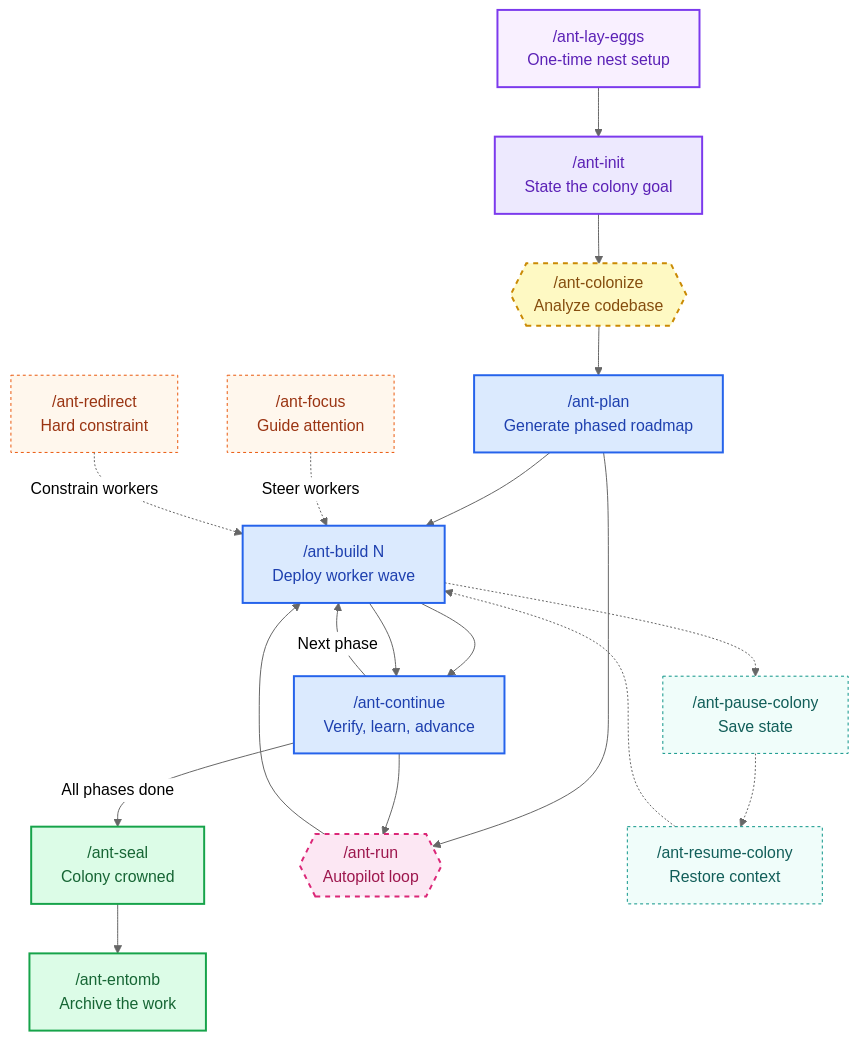
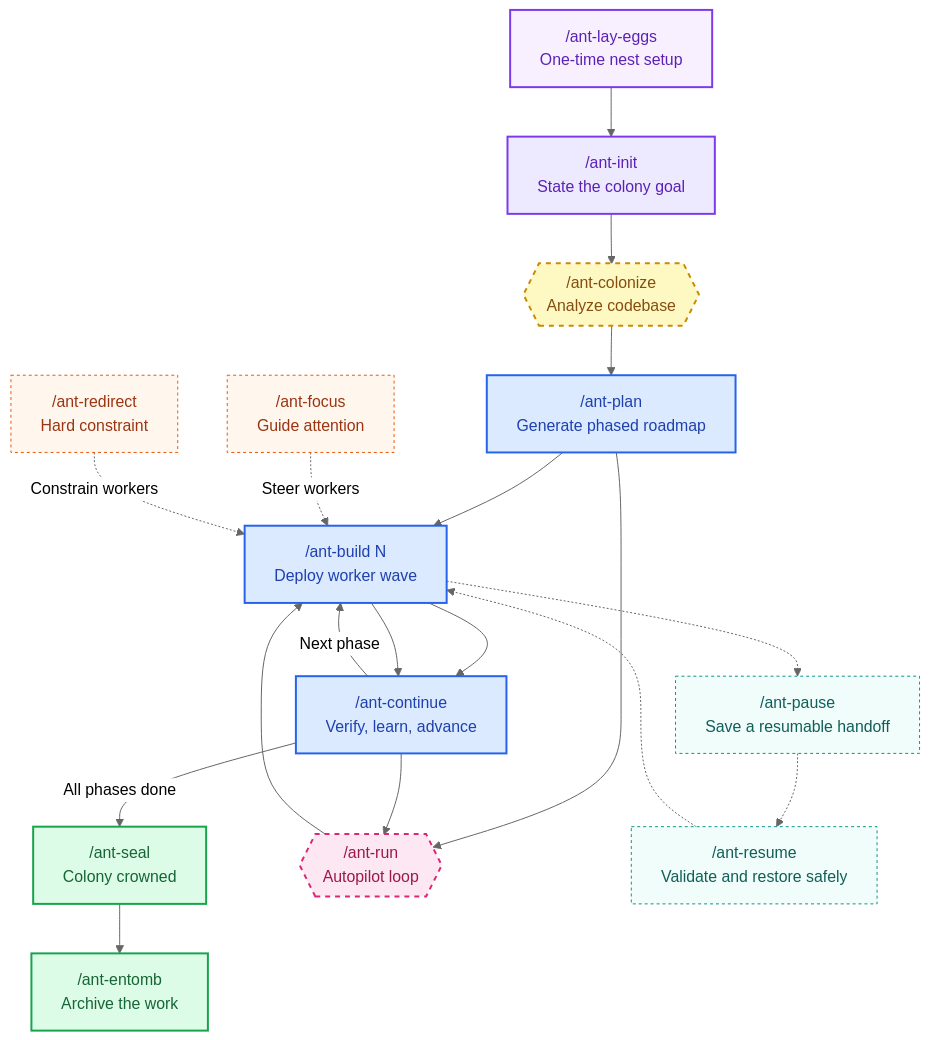
The diagram in README.md (calcosmic/Aether), drawn with Mermaid (neutral theme) before and after one commit. The commit also changed other lines of this file and 2675 other files, not shown here.

````diff
--- a/README.md
+++ b/README.md
@@ -317,59 +368,59 @@
 ```mermaid
 flowchart TD
     %% Node styles
     node["/ant-lay-eggs\nOne-time nest setup"]:::setup
     node2["/ant-init\nState the colony goal"]:::init
     colonize{{"/ant-colonize\nAnalyze codebase"}}:::optional
     plan["/ant-plan\nGenerate phased roadmap"]:::phase
     build["/ant-build N\nDeploy worker wave"]:::phase
     continue["/ant-continue\nVerify, learn, advance"]:::phase
     seal["/ant-seal\nColony crowned"]:::complete
     entomb["/ant-entomb\nArchive the work"]:::complete
 
     %% Autopilot
     run{{"/ant-run\nAutopilot loop"}}:::autopilot
 
     %% Signals
     focus["/ant-focus\nGuide attention"]:::signal
     redirect["/ant-redirect\nHard constraint"]:::signal
 
     %% Session management
-    pause["/ant-pause-colony\nSave state"]:::session
-    resume["/ant-resume-colony\nRestore context"]:::session
+    pause["/ant-pause\nSave a resumable handoff"]:::session
+    resume["/ant-resume\nValidate and restore safely"]:::session
 
     %% Connections
     node --> node2
     node2 --> colonize
     colonize --> plan
     plan --> build
     build --> continue
 
     continue -->|"Next phase"| build
     continue -->|"All phases done"| seal
     seal --> entomb
 
     %% Autopilot path
     plan --> run
     run --> build
     build --> continue
     continue --> run
 
     %% Signal inputs
     focus -.->|"Steer workers"| build
     redirect -.->|"Constrain workers"| build
 
     %% Session management
     build -.-> pause
     pause -.-> resume
     resume -.-> build
 
     %% Styling
     classDef setup fill:#f9f0ff,stroke:#7c3aed,stroke-width:2px,color:#5b21b6
     classDef init fill:#ede9fe,stroke:#7c3aed,stroke-width:2px,color:#5b21b6
     classDef phase fill:#dbeafe,stroke:#2563eb,stroke-width:2px,color:#1e40af
     classDef optional fill:#fef9c3,stroke:#ca8a04,stroke-width:2px,color:#854d0e,stroke-dasharray:5 5
     classDef complete fill:#dcfce7,stroke:#16a34a,stroke-width:2px,color:#166534
     classDef autopilot fill:#fce7f3,stroke:#db2777,stroke-width:2px,color:#9d174d,stroke-dasharray:5 5
     classDef signal fill:#fff7ed,stroke:#ea580c,stroke-width:1px,color:#9a3412,stroke-dasharray:3 3
     classDef session fill:#f0fdfa,stroke:#0d9488,stroke-width:1px,color:#115e59,stroke-dasharray:3 3
 ```
````
